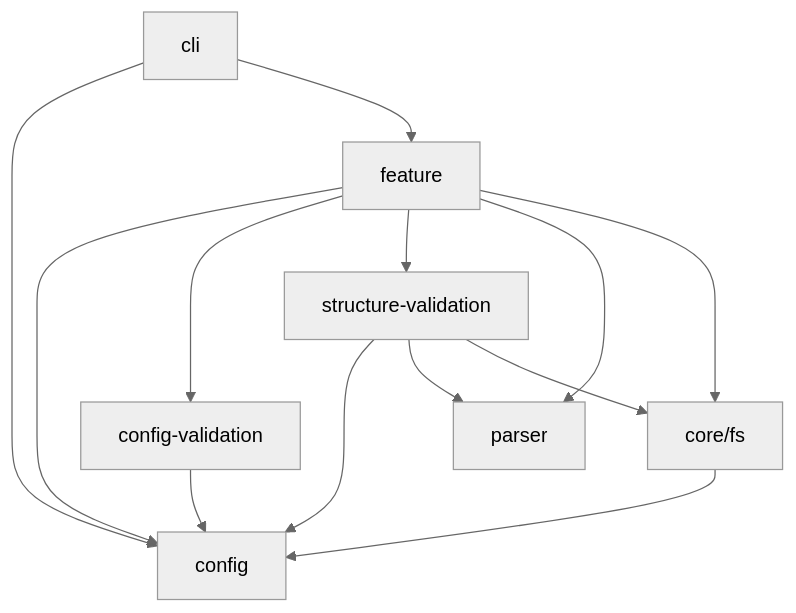
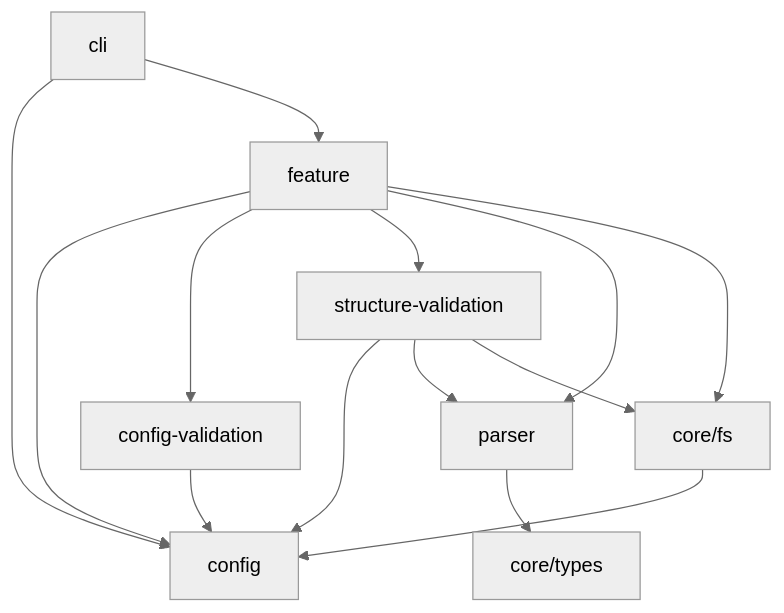
Before and after one commit to ayakovlenko/fences: the diagram in README.md, drawn with Mermaid (neutral theme). The commit also changed 7 other files, not shown here.

````diff
--- a/README.md
+++ b/README.md
@@ -61,23 +61,25 @@
 ```mermaid
 flowchart TD
     config["config"]
     config_validation["config-validation"]
     structure_validation["structure-validation"]
     parser["parser"]
     cli["cli"]
     feature["feature"]
     core_fs["core/fs"]
+    core_types["core/types"]
 
     config_validation --> config
     structure_validation --> config
     structure_validation --> parser
     structure_validation --> core_fs
+    parser --> core_types
     cli --> config
     cli --> feature
     feature --> config
     feature --> config_validation
     feature --> structure_validation
     feature --> parser
     feature --> core_fs
     core_fs --> config
 ```
````
